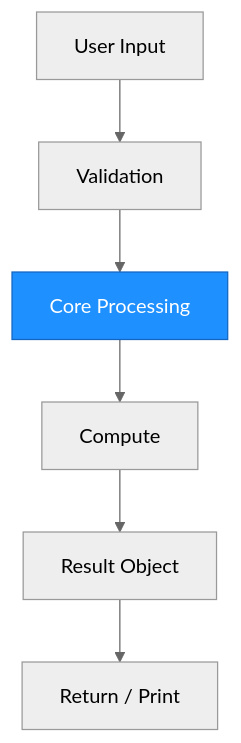
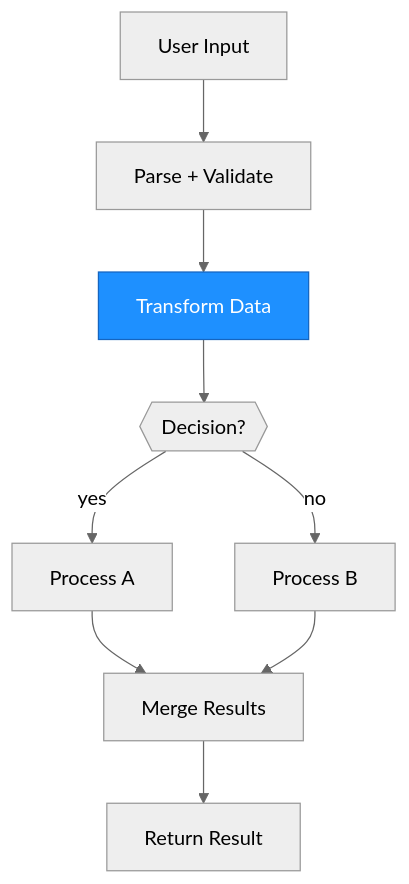
The third of 3 diagrams in templates/architecture.md (statsclaw/statsclaw), drawn with Mermaid before and after one commit. The commit also changed other lines of this file and 1 other file, not shown here.

First line of the commit message:
fix: simplify architecture diagram rules — unified modules, clean layout

````diff
--- a/templates/architecture.md
+++ b/templates/architecture.md
@@ -109,11 +85,14 @@
 ```mermaid
 %%{init: {'theme': 'neutral'}}%%
 graph TD
-    Input["User Input"] --> Validate["Validation"]
-    Validate --> Process["Core Processing"]
-    Process --> Transform["Compute"]
-    Transform --> Output["Result Object"]
-    Output --> Display["Return / Print"]
+    Input["User Input"] --> Parse["Parse + Validate"]
+    Parse --> Transform["Transform Data"]
+    Transform --> Branch{{"Decision?"}}
+    Branch -- yes --> StepA["Process A"]
+    Branch -- no --> StepB["Process B"]
+    StepA --> Merge["Merge Results"]
+    StepB --> Merge
+    Merge --> Output["Return Result"]
 
-    style Process fill:#1e90ff,stroke:#1565c0,color:#fff
+    style Transform fill:#1e90ff,stroke:#1565c0,color:#fff
 ```
````
